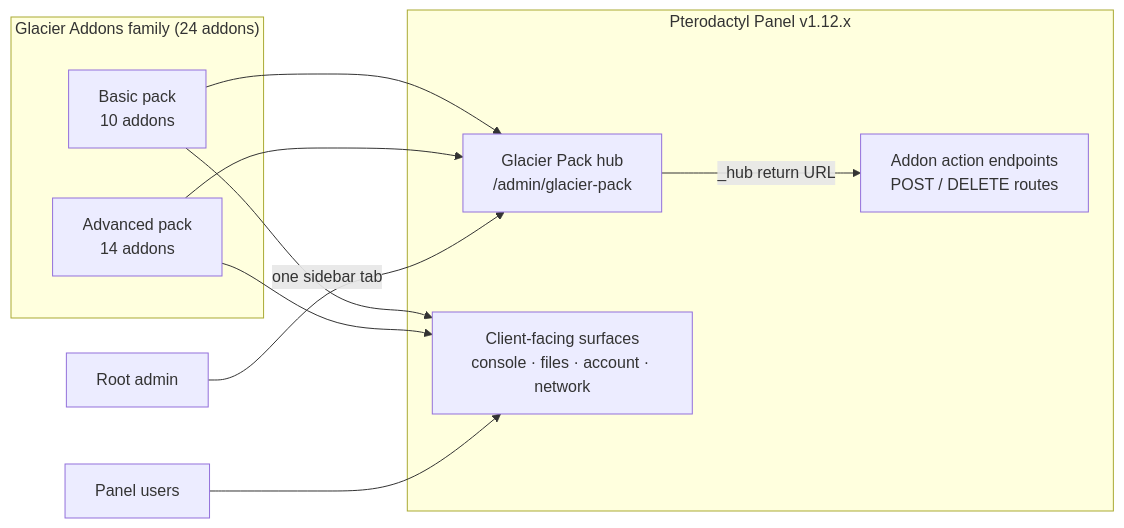
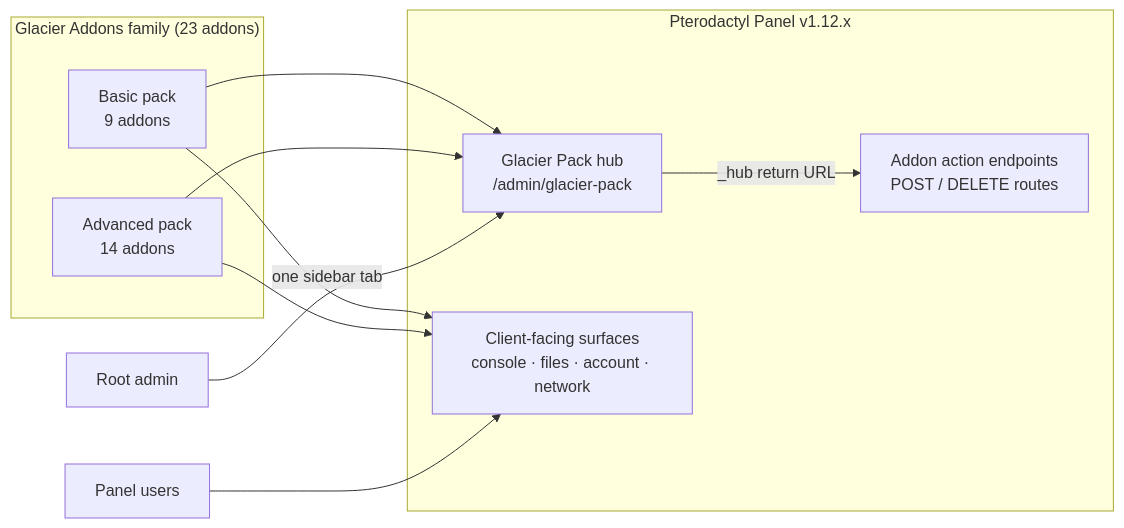
Before and after one commit to AnAverageBeing/pingless-studios-docs: the diagram in docs/glacier-pack/index.md, drawn with Mermaid. The commit also changed other lines of this file and 401 other files, not shown here.

````diff
--- a/docs/glacier-pack/index.md
+++ b/docs/glacier-pack/index.md
@@ -21,21 +21,21 @@
 ```mermaid
 flowchart LR
-    subgraph Pack["Glacier Addons family (24 addons)"]
-        BASIC["Basic pack<br/>10 addons"]
+    subgraph Pack["Glacier Addons family (23 addons)"]
+        BASIC["Basic pack<br/>9 addons"]
         ADV["Advanced pack<br/>14 addons"]
     end
 
     subgraph Panel["Pterodactyl Panel v1.12.x"]
         HUB["Glacier Pack hub<br/>/admin/glacier-pack"]
         EP["Addon action endpoints<br/>POST / DELETE routes"]
         CLIENT["Client-facing surfaces<br/>console · files · account · network"]
         BASIC --> HUB
         ADV --> HUB
         HUB -->|"_hub return URL"| EP
         BASIC --> CLIENT
         ADV --> CLIENT
     end
 
     ADMIN["Root admin"] -->|one sidebar tab| HUB
     USERS["Panel users"] --> CLIENT
 ```
````
